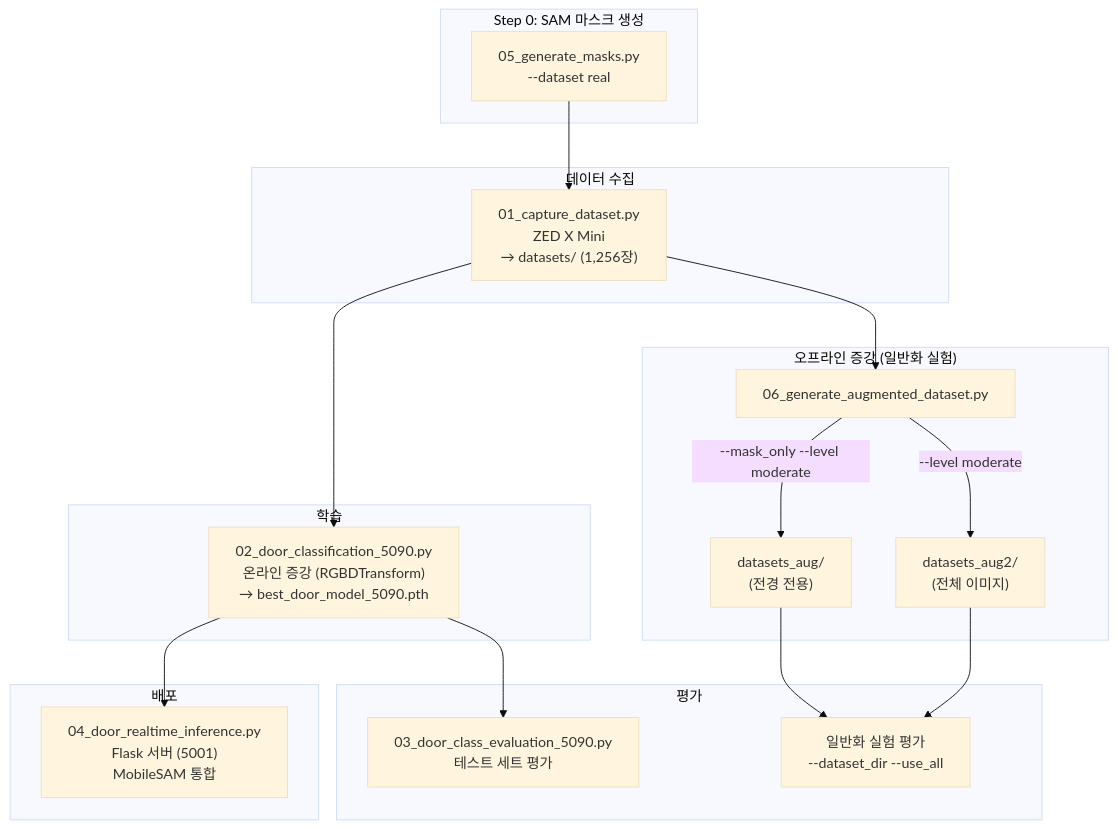
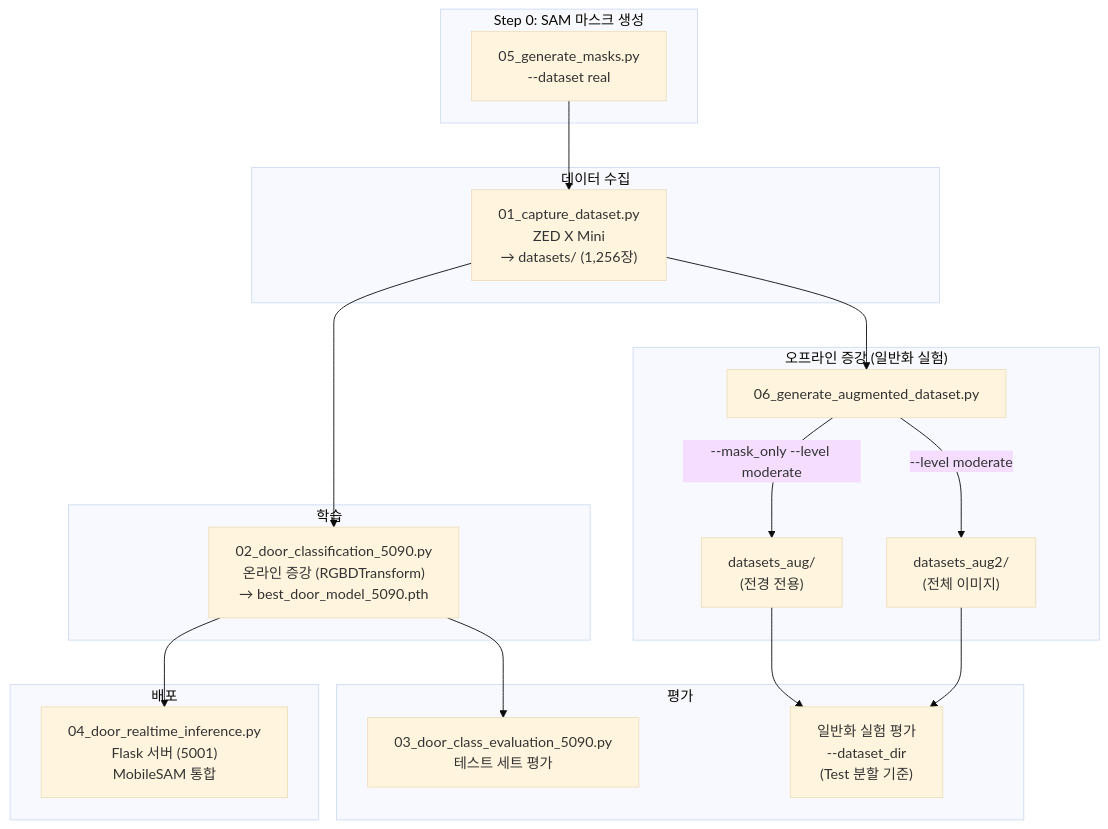
One commit to rebirther00/parts_deep changed diagram 17 of 17 in report/report_20260329_0900.md. Above: the diagram before and after it, drawn with Mermaid (base theme). The commit also changed other lines of this file and 1 other file, not shown here.

First line of the commit message:
fix: 평가 스크립트 데이터 누출 수정 및 일반화 실험 재평가

````diff
--- a/report/report_20260329_0900.md
+++ b/report/report_20260329_0900.md
@@ -1333,37 +1338,37 @@
 ```mermaid
 graph TB
     subgraph "Step 0: SAM 마스크 생성"
         S0["05_generate_masks.py<br/>--dataset real"]
     end
     
     subgraph "데이터 수집"
         B1["01_capture_dataset.py<br/>ZED X Mini<br/>→ datasets/ (1,256장)"]
     end
     
     subgraph "학습"
         B2["02_door_classification_5090.py<br/>온라인 증강 (RGBDTransform)<br/>→ best_door_model_5090.pth"]
     end
     
     subgraph "오프라인 증강 (일반화 실험)"
         G1["06_generate_augmented_dataset.py"]
         G1 -- "--mask_only --level moderate" --> G2["datasets_aug/<br/>(전경 전용)"]
         G1 -- "--level moderate" --> G3["datasets_aug2/<br/>(전체 이미지)"]
     end
     
     subgraph "평가"
         E1["03_door_class_evaluation_5090.py<br/>테스트 세트 평가"]
-        E2["일반화 실험 평가<br/>--dataset_dir --use_all"]
+        E2["일반화 실험 평가<br/>--dataset_dir<br/>(Test 분할 기준)"]
     end
     
     subgraph "배포"
         D1["04_door_realtime_inference.py<br/>Flask 서버 (5001)<br/>MobileSAM 통합"]
     end
     
     S0 --> B1
     B1 --> B2
     B2 --> E1
     B1 --> G1
     G2 --> E2
     G3 --> E2
     B2 --> D1
 ```
````
